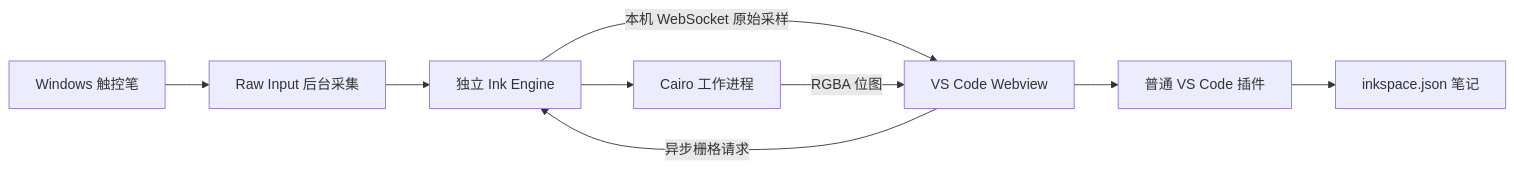
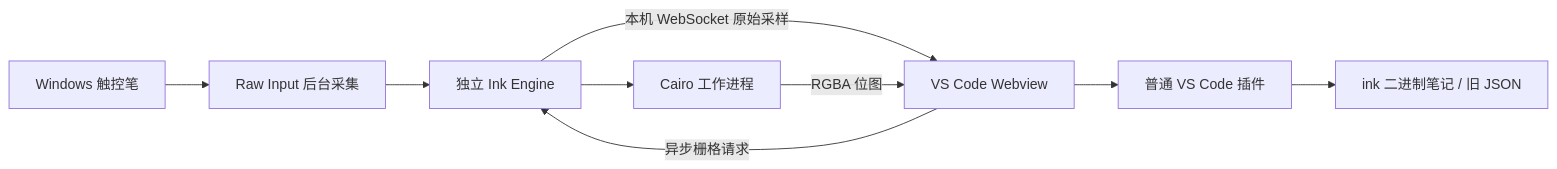
The diagram in docs/ARCHITECTURE.md (nollasalt/inkspace), drawn with Mermaid before and after one commit. The commit also changed other lines of this file and 40 other files, not shown here.

````diff
--- a/docs/ARCHITECTURE.md
+++ b/docs/ARCHITECTURE.md
@@ -5,11 +5,11 @@
 ```mermaid
 flowchart LR
   Pen[Windows 触控笔] --> Raw[Raw Input 后台采集]
   Raw --> Engine[独立 Ink Engine]
   Engine -->|本机 WebSocket 原始采样| View[VS Code Webview]
   View -->|异步栅格请求| Engine
   Engine --> Cairo[Cairo 工作进程]
   Cairo -->|RGBA 位图| View
   View --> Extension[普通 VS Code 插件]
-  Extension --> File[inkspace.json 笔记]
+  Extension --> File[ink 二进制笔记 / 旧 JSON]
 ```
````
